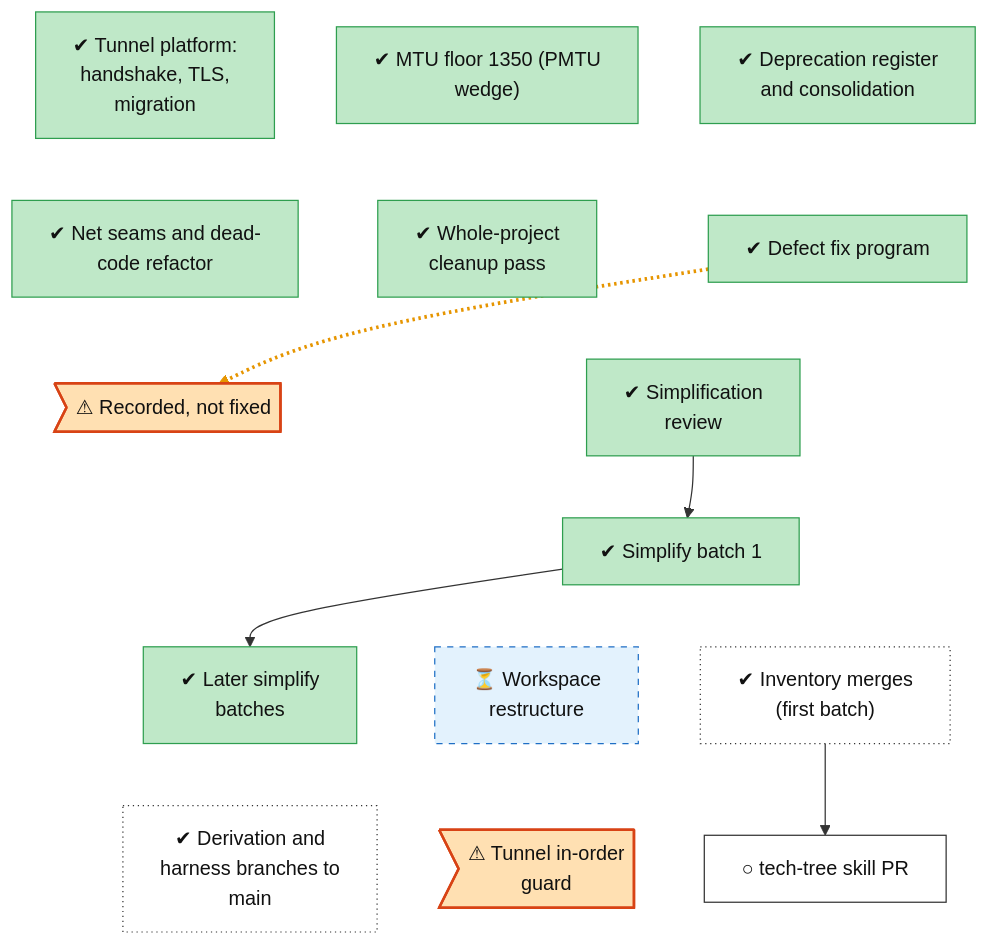
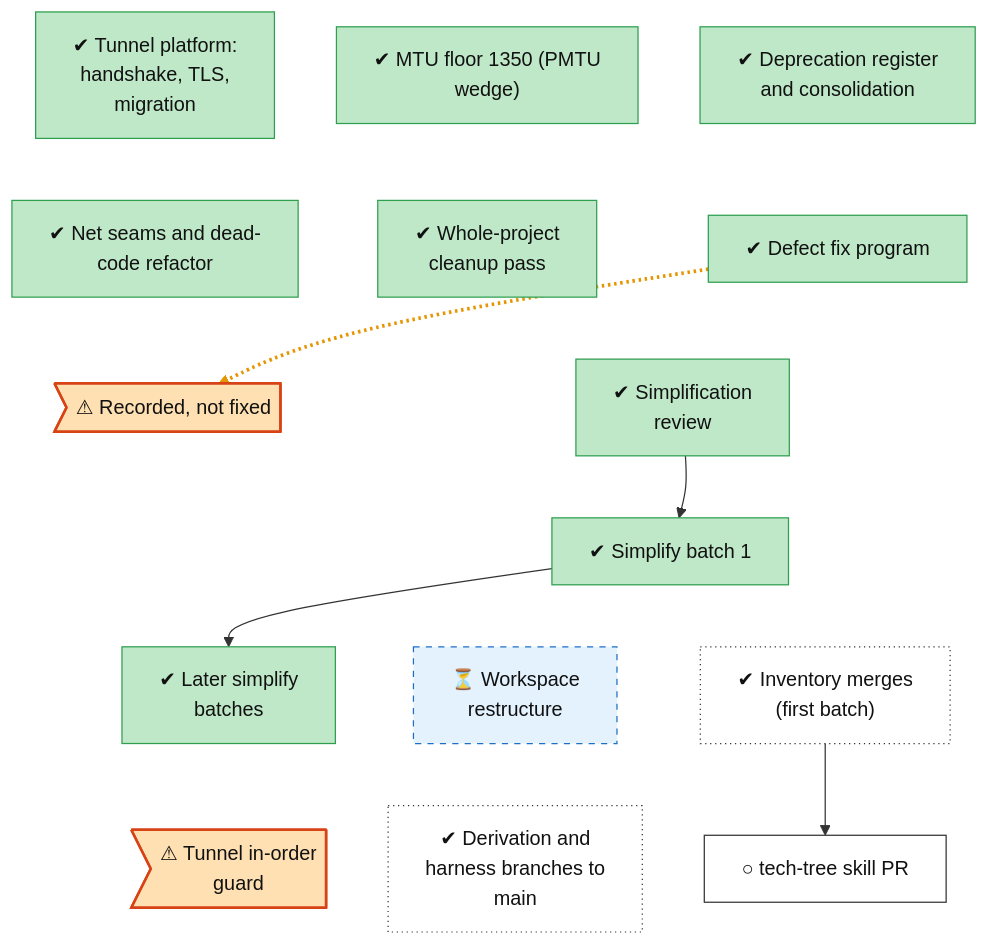
One commit to lhns/raptorpath changed the diagram in docs/roadmap/tracks/infra.md. Above: the diagram before and after it, drawn with Mermaid. The commit also changed other lines of this file and 3 other files, not shown here.

Commit message:
roadmap infra-tunnel-inorder-guard: branch 987b0360 ready, waits for VM pre-flight or an owner waiver

````diff
--- a/docs/roadmap/tracks/infra.md
+++ b/docs/roadmap/tracks/infra.md
@@ -10,55 +10,55 @@
 ```mermaid
 flowchart TB
     infra_early_platform["✔ Tunnel platform:<br/>handshake, TLS,<br/>migration"]
     infra_mtu_floor["✔ MTU floor 1350 (PMTU<br/>wedge)"]
     infra_consolidation["✔ Deprecation register<br/>and consolidation"]
     infra_net_seams["✔ Net seams and dead-<br/>code refactor"]
     infra_cleanup_0927["✔ Whole-project<br/>cleanup pass"]
     infra_fix_program["✔ Defect fix program"]
     infra_defect_recorded_not_fixed>"⚠ Recorded, not fixed"]
     infra_simplify_review["✔ Simplification<br/>review"]
     infra_simplify_batch1["✔ Simplify batch 1"]
     infra_simplify_batch2["✔ Later simplify<br/>batches"]
     infra_restructure["⏳ Workspace<br/>restructure"]
     infra_inventory_merges["✔ Inventory merges<br/>(first batch)"]
+    infra_tunnel_inorder_guard>"⚠ Tunnel in-order<br/>guard"]
     infra_derivation_merges["✔ Derivation and<br/>harness branches to<br/>main"]
-    infra_tunnel_inorder_guard>"⚠ Tunnel in-order<br/>guard"]
     infra_tech_tree_skill["○ tech-tree skill PR"]
     infra_early_platform ~~~ infra_net_seams
     infra_mtu_floor ~~~ infra_cleanup_0927
     infra_consolidation ~~~ infra_fix_program
     infra_net_seams ~~~ infra_defect_recorded_not_fixed
     infra_cleanup_0927 ~~~ infra_simplify_review
     infra_fix_program ~~~ infra_simplify_review
     infra_defect_recorded_not_fixed ~~~ infra_simplify_batch1
     infra_simplify_review ~~~ infra_simplify_batch1
     infra_simplify_batch1 ~~~ infra_simplify_batch2
     infra_simplify_batch1 ~~~ infra_restructure
     infra_simplify_batch1 ~~~ infra_inventory_merges
-    infra_simplify_batch2 ~~~ infra_derivation_merges
-    infra_restructure ~~~ infra_tunnel_inorder_guard
+    infra_simplify_batch2 ~~~ infra_tunnel_inorder_guard
+    infra_restructure ~~~ infra_derivation_merges
     infra_inventory_merges ~~~ infra_tech_tree_skill
     infra_fix_program -.-> infra_defect_recorded_not_fixed
     infra_simplify_review --> infra_simplify_batch1
     infra_simplify_batch1 --> infra_simplify_batch2
     infra_inventory_merges --> infra_tech_tree_skill
     linkStyle 14 stroke:#e69500,stroke-width:3px,stroke-dasharray:2 3
     classDef vsucc fill:#2e9e4f,stroke:#1b6b34,color:#fff
     classDef succ fill:#bfe8c8,stroke:#2e9e4f,color:#111
     classDef mixed fill:#ffd37a,stroke:#c98a00,color:#111
     classDef bad fill:#f28b82,stroke:#b3261e,color:#111
     classDef dead fill:#e6e6e6,stroke:#777,stroke-dasharray:5 5,color:#555
     classDef inprog fill:#a8cdf5,stroke:#1f6fc5,color:#111
     classDef next fill:#fff,stroke:#333,color:#111
     classDef blocked fill:#fff,stroke:#b3261e,stroke-dasharray:2 2,color:#111
     classDef parked fill:#f3f3f3,stroke:#999,color:#555
     classDef unrated fill:#fff,stroke:#333,stroke-dasharray:1 3,color:#111
     classDef userdec fill:#d9c2f0,stroke:#7b3fb5,color:#111
     classDef defect fill:#ffe0b2,stroke:#d84315,stroke-width:2px,color:#111
     classDef waiting fill:#e3f2fd,stroke:#1f6fc5,stroke-dasharray:5 5,color:#111
     class infra_early_platform,infra_mtu_floor,infra_consolidation,infra_net_seams,infra_cleanup_0927,infra_fix_program,infra_simplify_review,infra_simplify_batch1,infra_simplify_batch2 succ
     class infra_defect_recorded_not_fixed,infra_tunnel_inorder_guard defect
     class infra_restructure waiting
     class infra_inventory_merges,infra_derivation_merges unrated
     class infra_tech_tree_skill next
 ```
````
